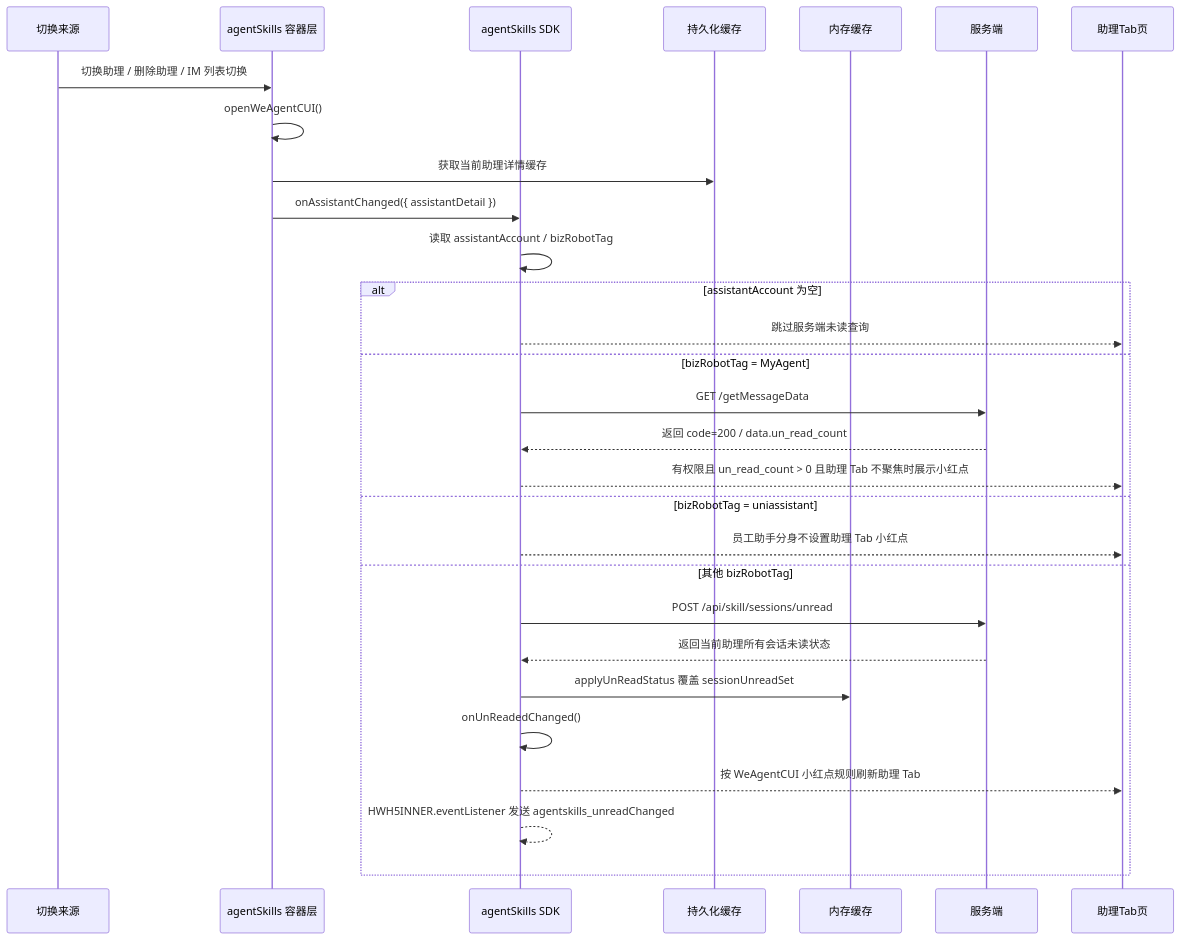
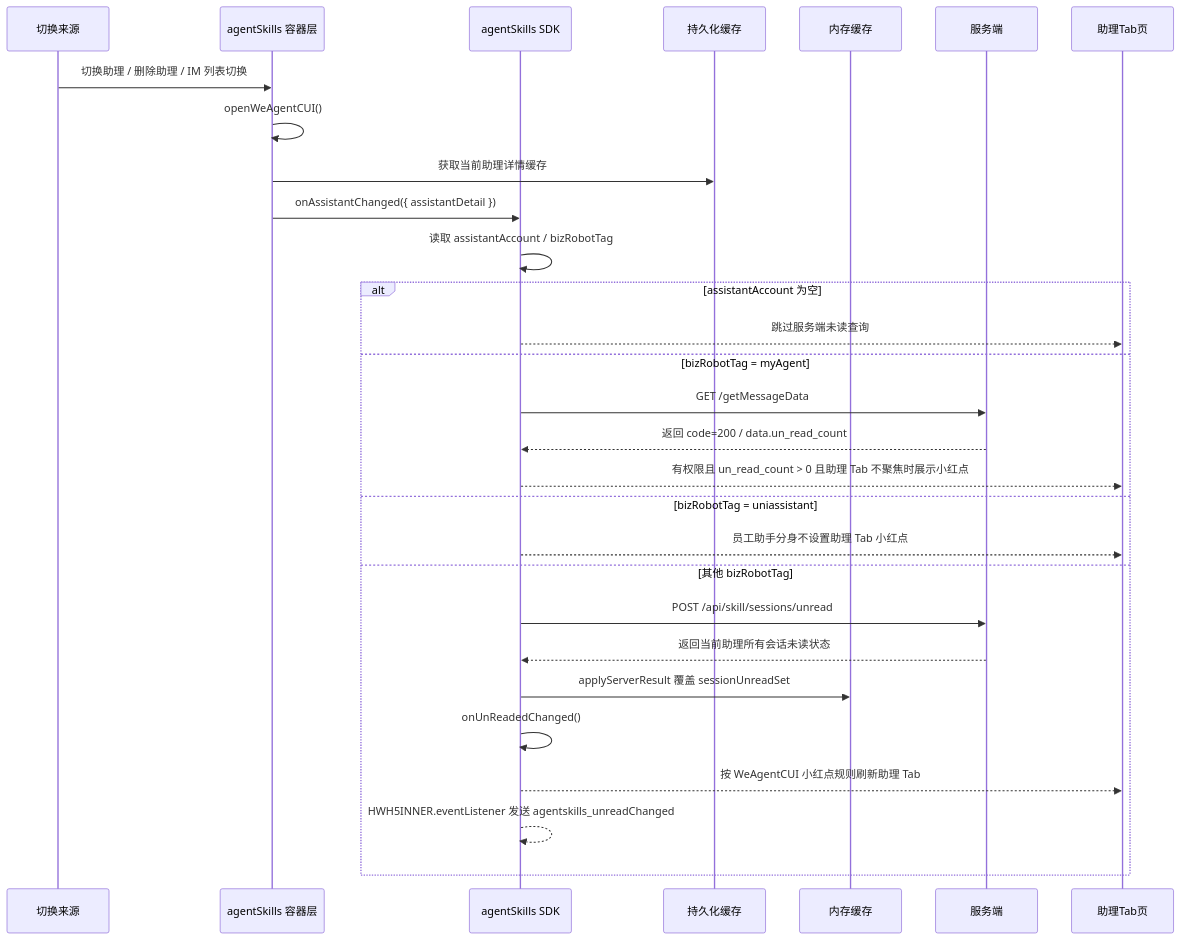
One commit to Abelsjcheng/skillSDK changed the fourth of 10 diagrams in 2026-06-11-we-agent-tab-unread-red-dot-plan.md. Above: the diagram before and after it, drawn with Mermaid. The commit also changed other lines of this file, not shown here.

````diff
--- a/2026-06-11-we-agent-tab-unread-red-dot-plan.md
+++ b/2026-06-11-we-agent-tab-unread-red-dot-plan.md
@@ -207,32 +207,32 @@
 ```mermaid
 sequenceDiagram
     participant Source as 切换来源
     participant Container as agentSkills 容器层
     participant SDK as agentSkills SDK
     participant Persist as 持久化缓存
     participant Memory as 内存缓存
     participant Server as 服务端
     participant Tab as 助理Tab页
 
     Source->>Container: 切换助理 / 删除助理 / IM 列表切换
     Container->>Container: openWeAgentCUI()
     Container->>Persist: 获取当前助理详情缓存
     Container->>SDK: onAssistantChanged({ assistantDetail })
     SDK->>SDK: 读取 assistantAccount / bizRobotTag
     alt assistantAccount 为空
         SDK-->>Tab: 跳过服务端未读查询
-    else bizRobotTag = MyAgent
+    else bizRobotTag = myAgent
         SDK->>Server: GET /getMessageData
         Server-->>SDK: 返回 code=200 / data.un_read_count
         SDK-->>Tab: 有权限且 un_read_count > 0 且助理 Tab 不聚焦时展示小红点
     else bizRobotTag = uniassistant
         SDK-->>Tab: 员工助手分身不设置助理 Tab 小红点
     else 其他 bizRobotTag
         SDK->>Server: POST /api/skill/sessions/unread
         Server-->>SDK: 返回当前助理所有会话未读状态
-        SDK->>Memory: applyUnReadStatus 覆盖 sessionUnreadSet
+        SDK->>Memory: applyServerResult 覆盖 sessionUnreadSet
         SDK->>SDK: onUnReadedChanged()
         SDK-->>Tab: 按 WeAgentCUI 小红点规则刷新助理 Tab
         SDK-->>SDK: HWH5INNER.eventListener 发送 agentskills_unreadChanged
     end
 ```
````
